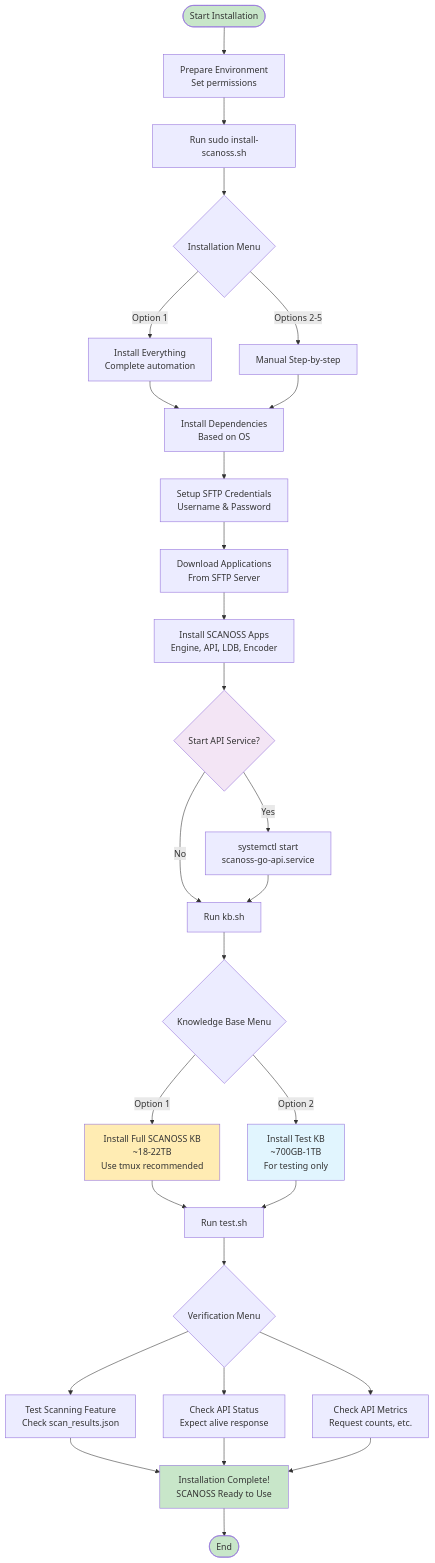
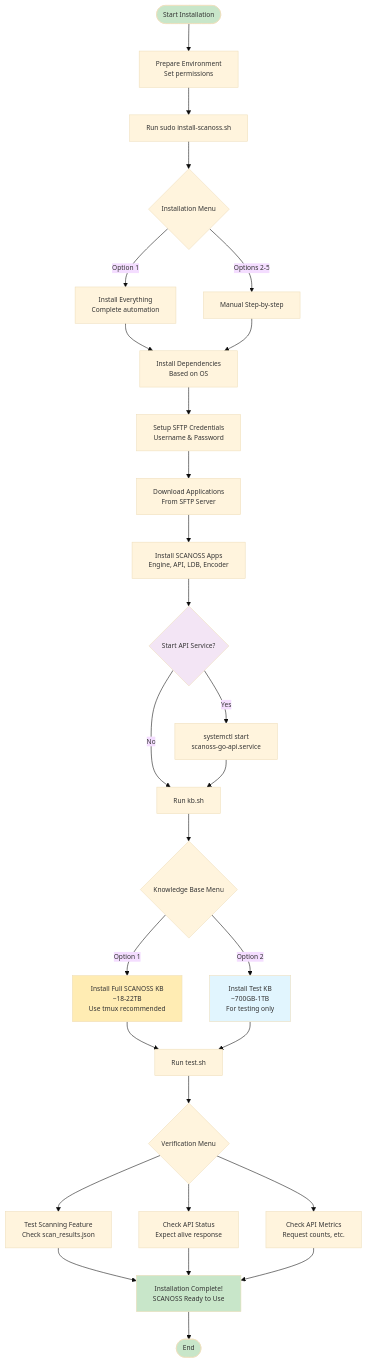
One commit to scanossmining/on-premise changed the diagram in install/README.md. Above: the diagram before and after it, drawn with Mermaid. The commit also changed other lines of this file, not shown here.

````diff
--- a/install/README.md
+++ b/install/README.md
@@ -35,52 +35,53 @@
 ```mermaid
+%%{init: {'theme':'base', 'themeVariables': {'fontSize': '12px'}}}%%
 flowchart TD
     START([Start Installation]) --> PREP[Prepare Environment<br/>Set permissions]
     
     PREP --> INSTALL[Run sudo install-scanoss.sh]
     
     INSTALL --> MENU{Installation Menu}
     
     MENU -->|Option 1| ALL[Install Everything<br/>Complete automation]
     MENU -->|Options 2-5| MANUAL[Manual Step-by-step]
     
     ALL --> DEPS[Install Dependencies<br/>Based on OS]
     MANUAL --> DEPS
     
     DEPS --> SFTP[Setup SFTP Credentials<br/>Username & Password]
     
     SFTP --> DOWNLOAD[Download Applications<br/>From SFTP Server]
     
     DOWNLOAD --> APPS[Install SCANOSS Apps<br/>Engine, API, LDB, Encoder]
     
     APPS --> API_START{Start API Service?}
     API_START -->|Yes| START_API[systemctl start<br/>scanoss-go-api.service]
     API_START -->|No| KB_INSTALL
     START_API --> KB_INSTALL[Run kb.sh]
     
     KB_INSTALL --> KB_MENU{Knowledge Base Menu}
     
     KB_MENU -->|Option 1| FULL_KB[Install Full SCANOSS KB<br/>~18-22TB<br/>Use tmux recommended]
     KB_MENU -->|Option 2| TEST_KB[Install Test KB<br/>~700GB-1TB<br/>For testing only]
     
     FULL_KB --> VERIFY[Run test.sh]
     TEST_KB --> VERIFY
     
     VERIFY --> TEST_MENU{Verification Menu}
     
     TEST_MENU --> SCAN_TEST[Test Scanning Feature<br/>Check scan_results.json]
     TEST_MENU --> API_TEST[Check API Status<br/>Expect alive response]
     TEST_MENU --> METRICS[Check API Metrics<br/>Request counts, etc.]
     
     SCAN_TEST --> SUCCESS
     API_TEST --> SUCCESS
     METRICS --> SUCCESS[Installation Complete!<br/>SCANOSS Ready to Use]
     
     SUCCESS --> END([End])
     
     style START fill:#c8e6c9
     style SUCCESS fill:#c8e6c9
     style END fill:#c8e6c9
     style FULL_KB fill:#ffecb3
     style TEST_KB fill:#e1f5fe
     style API_START fill:#f3e5f5
 ```
````
